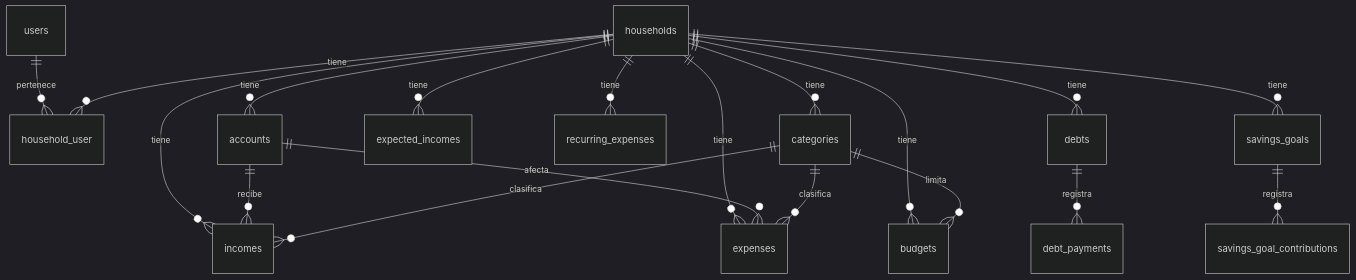
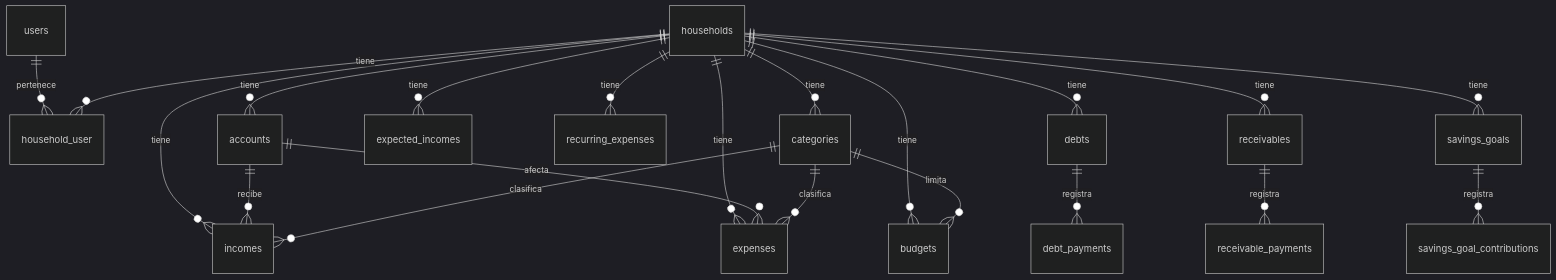
The diagram in docs/DATA_MODEL.md (ronaldo-duran/Finlia), drawn with Mermaid (dark theme) before and after one commit. The commit also changed other lines of this file and 38 other files, not shown here.

````diff
--- a/docs/DATA_MODEL.md
+++ b/docs/DATA_MODEL.md
@@ -587,21 +628,23 @@
 ```mermaid
 erDiagram
     users ||--o{ household_user : "pertenece"
     households ||--o{ household_user : "tiene"
     households ||--o{ accounts : "tiene"
     households ||--o{ categories : "tiene"
     households ||--o{ incomes : "tiene"
     households ||--o{ expenses : "tiene"
     households ||--o{ budgets : "tiene"
     households ||--o{ expected_incomes : "tiene"
     households ||--o{ recurring_expenses : "tiene"
     households ||--o{ debts : "tiene"
+    households ||--o{ receivables : "tiene"
     households ||--o{ savings_goals : "tiene"
     accounts ||--o{ incomes : "recibe"
     accounts ||--o{ expenses : "afecta"
     categories ||--o{ incomes : "clasifica"
     categories ||--o{ expenses : "clasifica"
     categories ||--o{ budgets : "limita"
     debts ||--o{ debt_payments : "registra"
+    receivables ||--o{ receivable_payments : "registra"
     savings_goals ||--o{ savings_goal_contributions : "registra"
 ```
````
